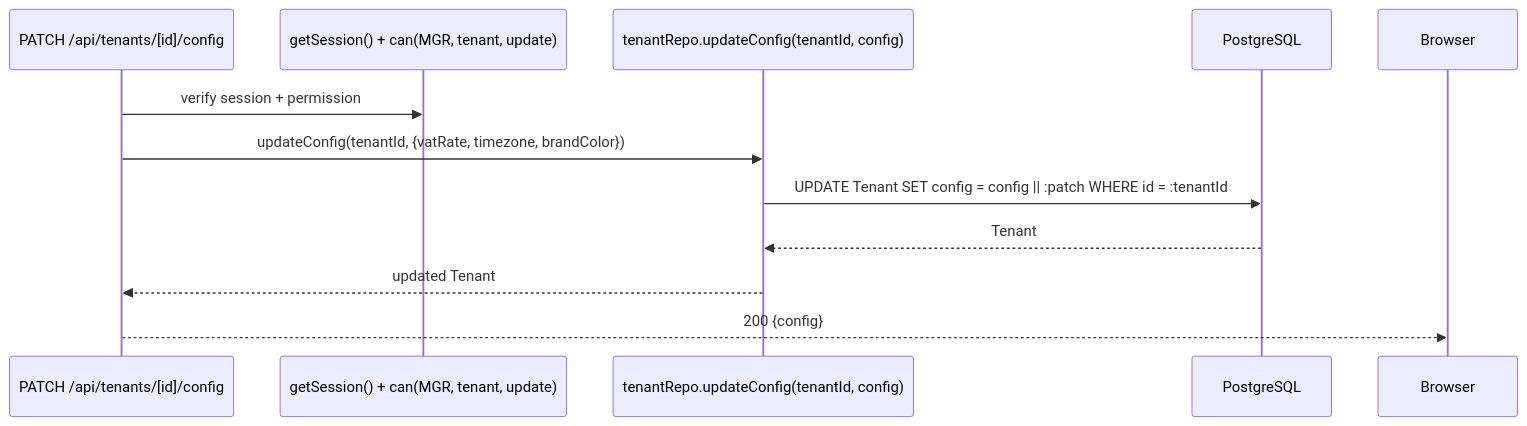
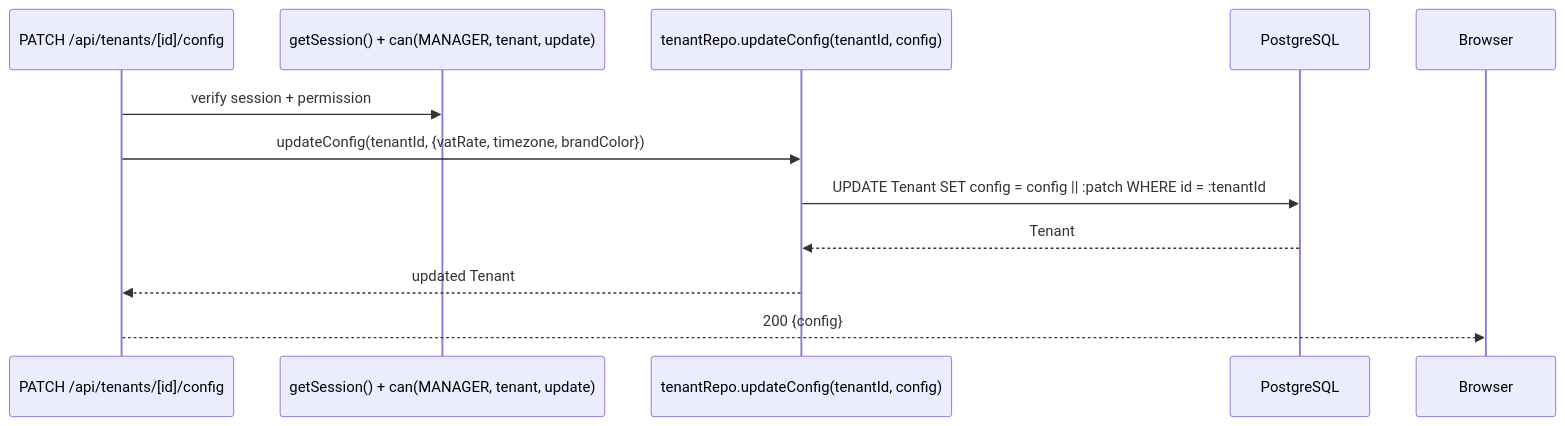
One commit to Freshair129/zuri1.0 changed the fifth of 7 diagrams in docs/architecture/data-flows/multi-tenant.md. Above: the diagram before and after it, drawn with Mermaid. The commit also changed 76 other files, not shown here.

````diff
--- a/docs/architecture/data-flows/multi-tenant.md
+++ b/docs/architecture/data-flows/multi-tenant.md
@@ -91,14 +91,14 @@
 ```mermaid
 sequenceDiagram
     participant Route as PATCH /api/tenants/[id]/config
-    participant Auth as getSession() + can(MGR, tenant, update)
+    participant Auth as getSession() + can(MANAGER, tenant, update)
     participant Repo as tenantRepo.updateConfig(tenantId, config)
     participant DB as PostgreSQL
 
     Route->>Auth: verify session + permission
     Route->>Repo: updateConfig(tenantId, {vatRate, timezone, brandColor})
     Repo->>DB: UPDATE Tenant SET config = config || :patch WHERE id = :tenantId
     DB-->>Repo: Tenant
     Repo-->>Route: updated Tenant
     Route-->>Browser: 200 {config}
 ```
````
